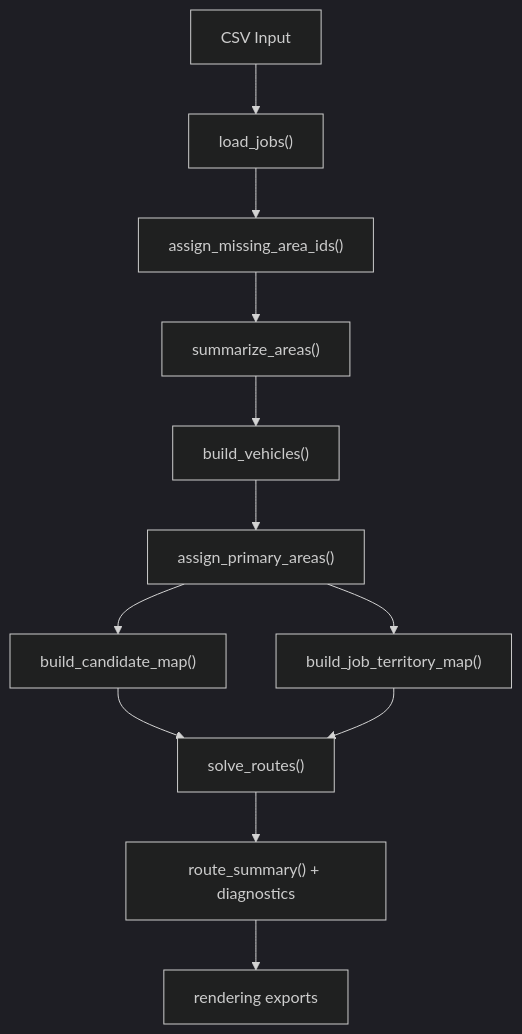
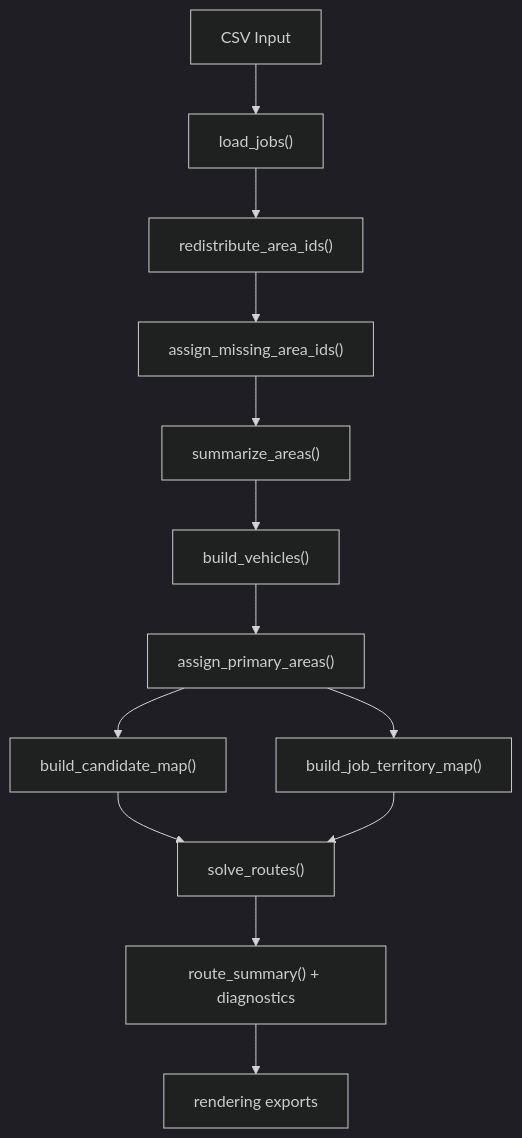
The first of 3 diagrams in README.md (K4n1shk/tf-cvrp), drawn with Mermaid (dark theme) before and after one commit. The commit also changed other lines of this file and 9 other files, not shown here.

````diff
--- a/README.md
+++ b/README.md
@@ -70,14 +83,15 @@
 ```mermaid
 flowchart TD
     A["CSV Input"] --> B["load_jobs()"]
-    B --> C["assign_missing_area_ids()"]
-    C --> D["summarize_areas()"]
-    D --> E["build_vehicles()"]
-    E --> F["assign_primary_areas()"]
-    F --> G["build_candidate_map()"]
-    F --> H["build_job_territory_map()"]
-    G --> I["solve_routes()"]
-    H --> I
-    I --> J["route_summary() + diagnostics"]
-    J --> K["rendering exports"]
+    B --> C["redistribute_area_ids()"]
+    C --> D["assign_missing_area_ids()"]
+    D --> E["summarize_areas()"]
+    E --> F["build_vehicles()"]
+    F --> G["assign_primary_areas()"]
+    G --> H["build_candidate_map()"]
+    G --> I["build_job_territory_map()"]
+    H --> J["solve_routes()"]
+    I --> J
+    J --> K["route_summary() + diagnostics"]
+    K --> L["rendering exports"]
 ```
````
